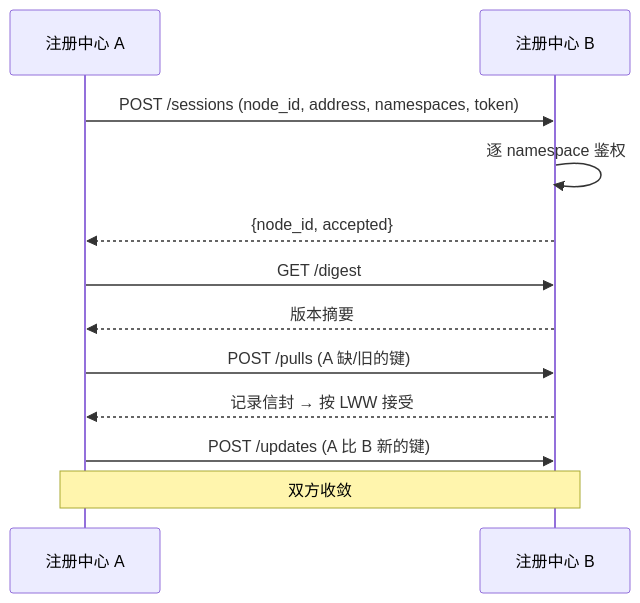
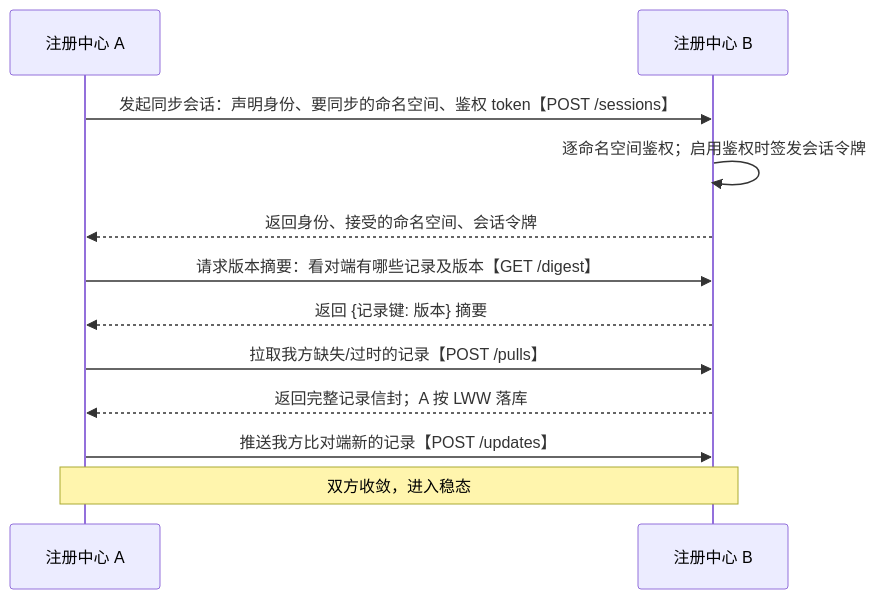
One commit to Weizheng96/A2X-registry changed the first of 6 diagrams in docs/cluster_design.md. Above: the diagram before and after it, drawn with Mermaid. The commit also changed other lines of this file, not shown here.

First line of the commit message:
docs(cluster): add class diagram; action-oriented sequences; restructure interfaces

````diff
--- a/docs/cluster_design.md
+++ b/docs/cluster_design.md
@@ -70,14 +72,14 @@
 ```mermaid
 sequenceDiagram
     participant A as 注册中心 A
     participant B as 注册中心 B
-    A->>B: POST /sessions (node_id, address, namespaces, token)
-    B->>B: 逐 namespace 鉴权
-    B-->>A: {node_id, accepted}
-    A->>B: GET /digest
-    B-->>A: 版本摘要
-    A->>B: POST /pulls (A 缺/旧的键)
-    B-->>A: 记录信封 → 按 LWW 接受
-    A->>B: POST /updates (A 比 B 新的键)
-    Note over A,B: 双方收敛
+    A->>B: 发起同步会话：声明身份、要同步的命名空间、鉴权 token【POST /sessions】
+    B->>B: 逐命名空间鉴权；启用鉴权时签发会话令牌
+    B-->>A: 返回身份、接受的命名空间、会话令牌
+    A->>B: 请求版本摘要：看对端有哪些记录及版本【GET /digest】
+    B-->>A: 返回 {记录键: 版本} 摘要
+    A->>B: 拉取我方缺失/过时的记录【POST /pulls】
+    B-->>A: 返回完整记录信封；A 按 LWW 落库
+    A->>B: 推送我方比对端新的记录【POST /updates】
+    Note over A,B: 双方收敛，进入稳态
 ```
````
